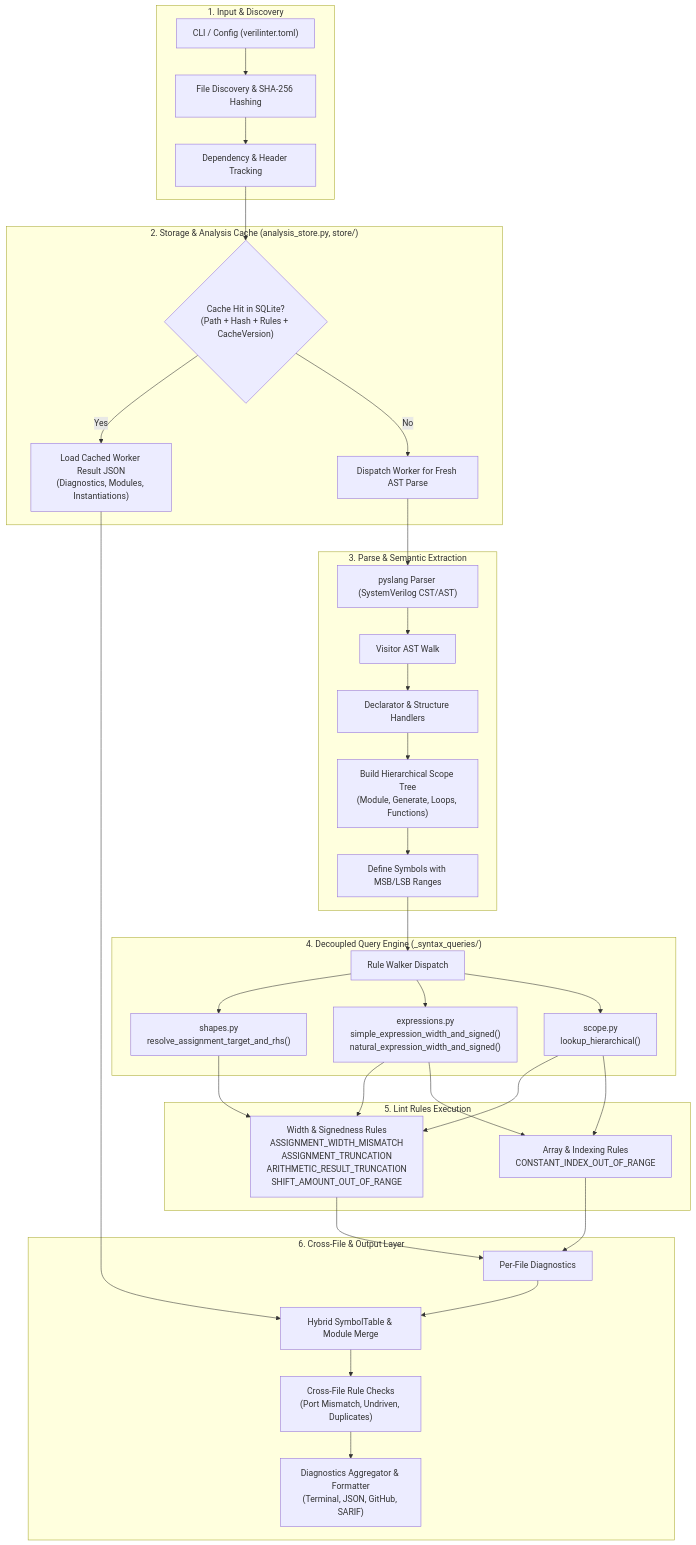
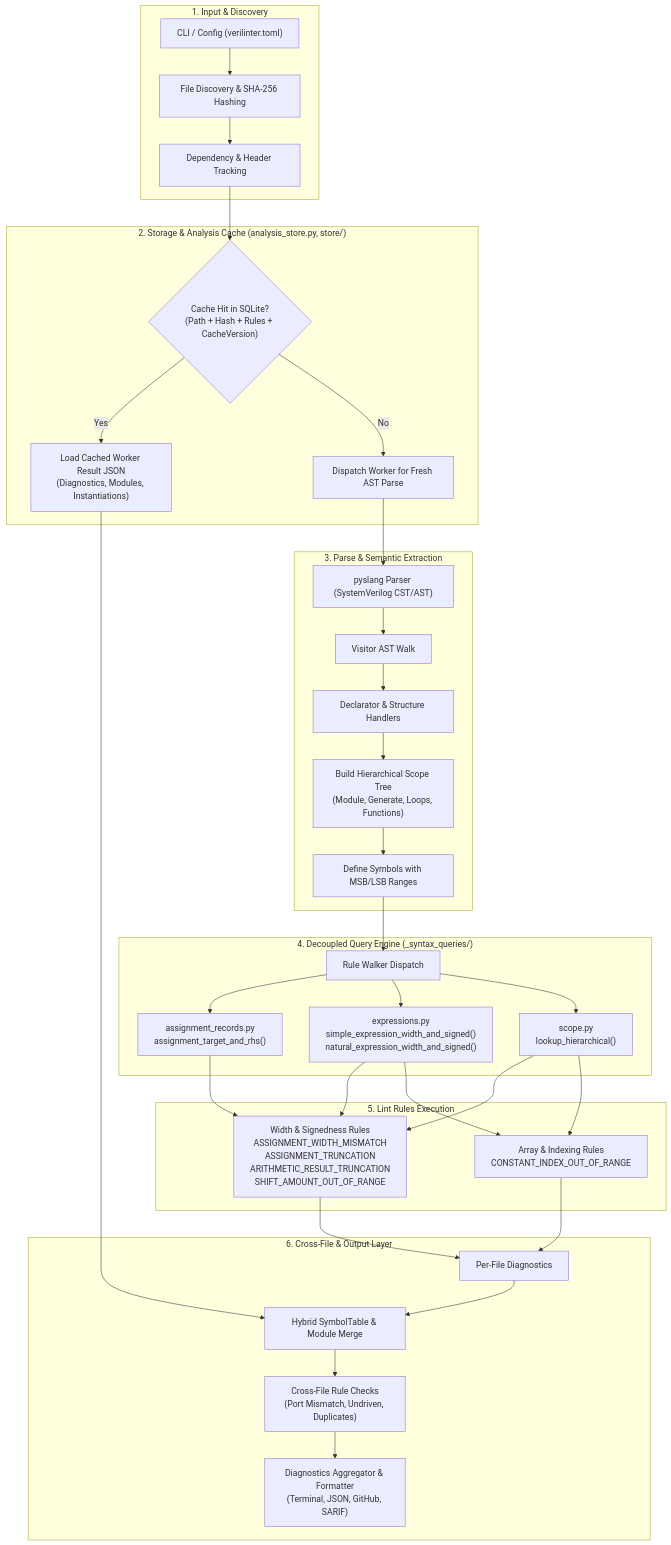
Before and after one commit to svalme/Verilinter: the first of 5 diagrams in docs/ARCHITECTURE.md, drawn with Mermaid. The commit also changed other lines of this file and 10 other files, not shown here.

````diff
--- a/docs/ARCHITECTURE.md
+++ b/docs/ARCHITECTURE.md
@@ -9,45 +9,45 @@
 ```mermaid
 flowchart TD
     subgraph Input ["1. Input & Discovery"]
         CLI["CLI / Config (verilinter.toml)"] --> Discover["File Discovery & SHA-256 Hashing"]
         Discover --> DepTracker["Dependency & Header Tracking"]
     end
 
     subgraph CacheLayer ["2. Storage & Analysis Cache (analysis_store.py, store/)"]
         DepTracker --> CacheCheck{"Cache Hit in SQLite?<br/>(Path + Hash + Rules + CacheVersion)"}
         CacheCheck -- Yes --> LoadCache["Load Cached Worker Result JSON<br/>(Diagnostics, Modules, Instantiations)"]
         CacheCheck -- No --> FreshParse["Dispatch Worker for Fresh AST Parse"]
     end
 
     subgraph ParseWalk ["3. Parse & Semantic Extraction"]
         FreshParse --> PySlang["pyslang Parser (SystemVerilog CST/AST)"]
         PySlang --> ASTWalk["Visitor AST Walk"]
         ASTWalk --> Handlers["Declarator & Structure Handlers"]
         Handlers --> ScopeBuild["Build Hierarchical Scope Tree<br/>(Module, Generate, Loops, Functions)"]
         ScopeBuild --> Symbols["Define Symbols with MSB/LSB Ranges"]
     end
 
     subgraph QueryEngine ["4. Decoupled Query Engine (_syntax_queries/)"]
         Symbols --> RuleDispatch["Rule Walker Dispatch"]
-        RuleDispatch --> Shapes["shapes.py<br/>resolve_assignment_target_and_rhs()"]
+        RuleDispatch --> Shapes["assignment_records.py<br/>assignment_target_and_rhs()"]
         RuleDispatch --> ExprEngine["expressions.py<br/>simple_expression_width_and_signed()<br/>natural_expression_width_and_signed()"]
         RuleDispatch --> ScopeQuery["scope.py<br/>lookup_hierarchical()"]
     end
 
     subgraph RulesEngine ["5. Lint Rules Execution"]
         Shapes --> WidthRules["Width & Signedness Rules<br/>ASSIGNMENT_WIDTH_MISMATCH<br/>ASSIGNMENT_TRUNCATION<br/>ARITHMETIC_RESULT_TRUNCATION<br/>SHIFT_AMOUNT_OUT_OF_RANGE"]
         ExprEngine --> WidthRules
         ScopeQuery --> WidthRules
         ScopeQuery --> IndexRules["Array & Indexing Rules<br/>CONSTANT_INDEX_OUT_OF_RANGE"]
         ExprEngine --> IndexRules
     end
 
     subgraph CrossFile ["6. Cross-File & Output Layer"]
         WidthRules --> PerFileDiags["Per-File Diagnostics"]
         IndexRules --> PerFileDiags
         LoadCache --> HybridMerge["Hybrid SymbolTable & Module Merge"]
         PerFileDiags --> HybridMerge
         HybridMerge --> CrossRules["Cross-File Rule Checks<br/>(Port Mismatch, Undriven, Duplicates)"]
         CrossRules --> Reporter["Diagnostics Aggregator & Formatter<br/>(Terminal, JSON, GitHub, SARIF)"]
     end
 ```
````
